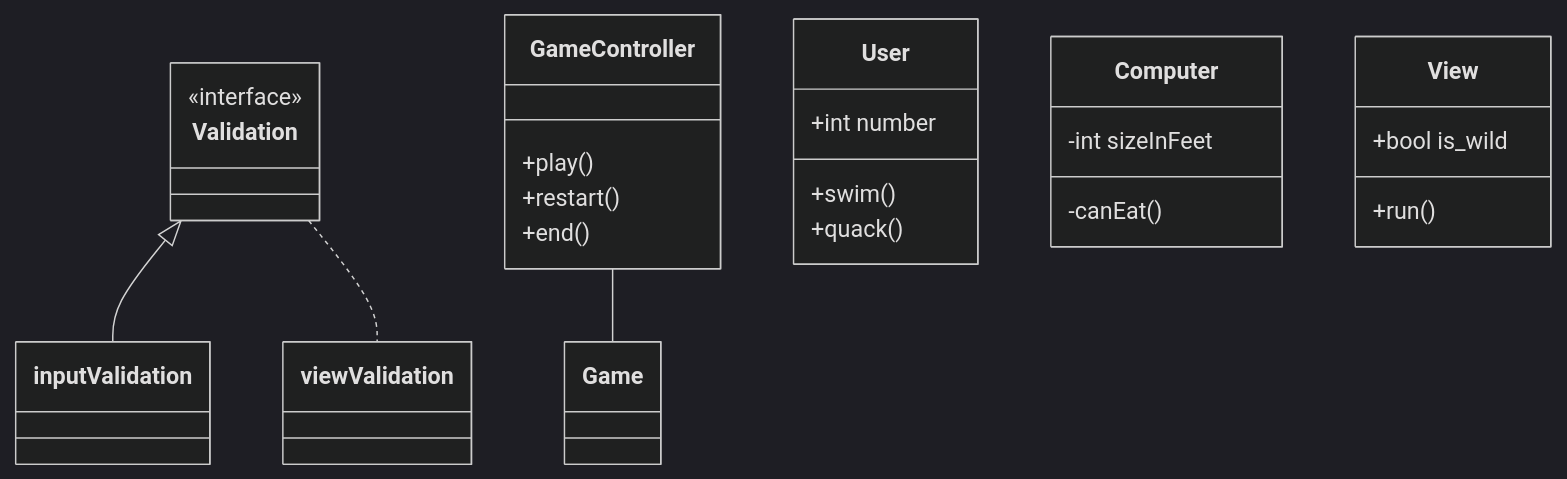
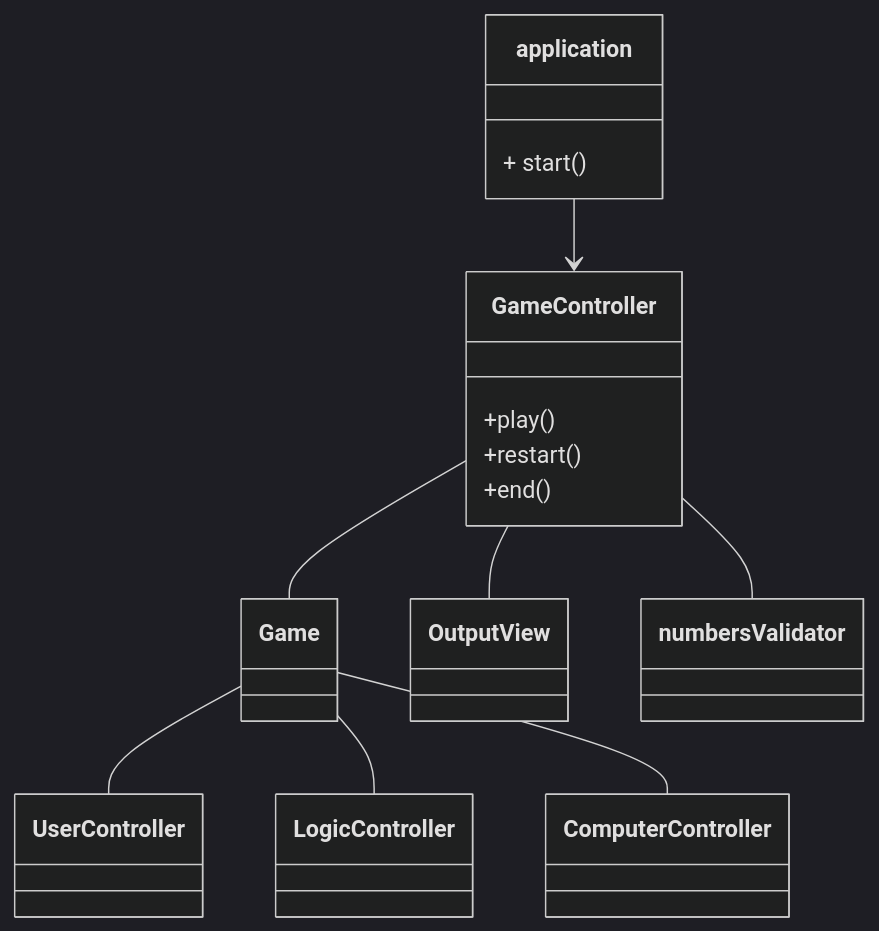
One commit to woowacourse-precourse/java-baseball-6 changed the diagram in docs/README.md. Above: the diagram before and after it, drawn with Mermaid (dark theme).

Commit message:
docs: edit class diagram

````diff
--- a/docs/README.md
+++ b/docs/README.md
@@ -18,38 +18,36 @@
 ```mermaid
 classDiagram
-    Validation <|-- inputValidation
-    Validation .. viewValidation
+    GameController -- Game
+    application --> GameController
+    Game -- UserController
+    Game -- LogicController
+    Game -- ComputerController
+    GameController -- OutputView
+    GameController -- numbersValidator
     
-    GameController -- Game
-    
-      class User{
-          +int number
-          +swim()
-          +quack()
+            
+            
+      class application{ 
+          + start()
       }
-      class Computer{
-          -int sizeInFeet
-          -canEat()
-      }
-      class View{
-          +bool is_wild
-          +run()
+      class UserController{
+          
       }
       
+      class OutputView{
+          
+      }
+      class LogicController{
+          
+      }
       class Game{
-          
       } 
       class GameController{
           +play()
           +restart()
           +end()
       }
-      class Validation{
-          <<interface>>
-      }
-      class inputValidation{
-      }
-      class viewValidation{
+      class numbersValidator{
       }
 
 ```
````
